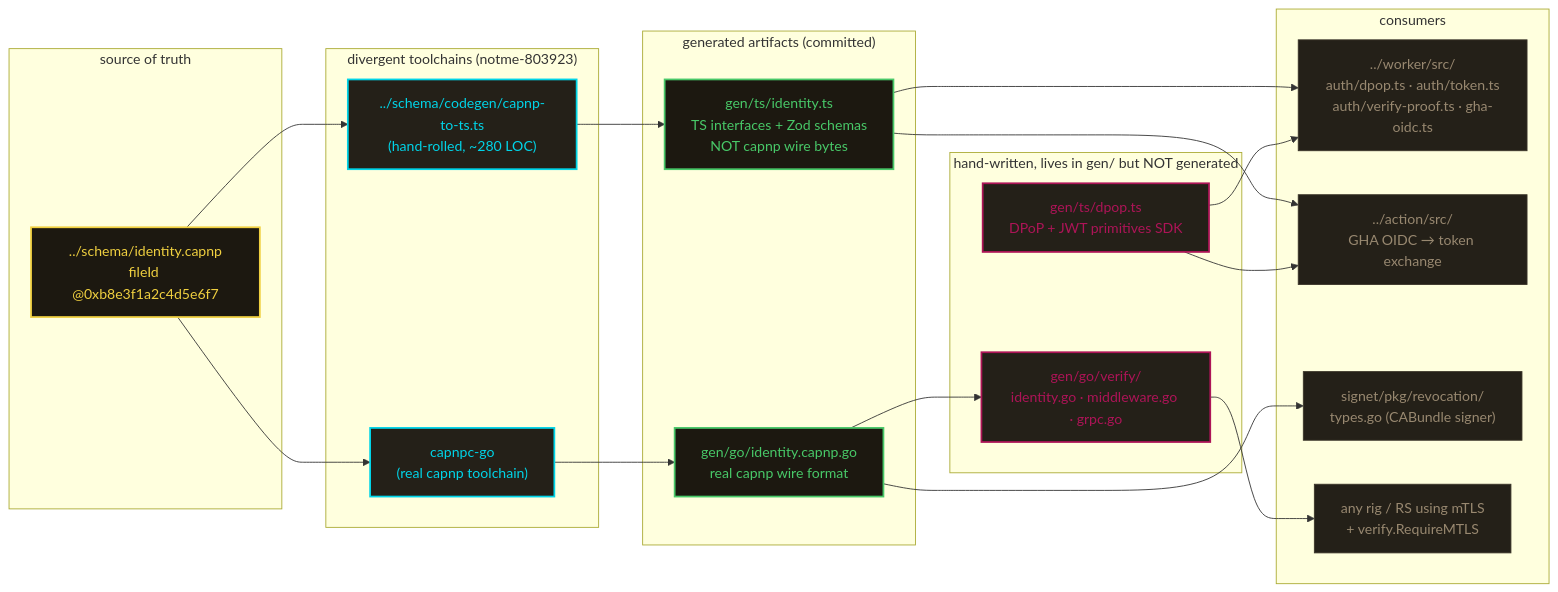
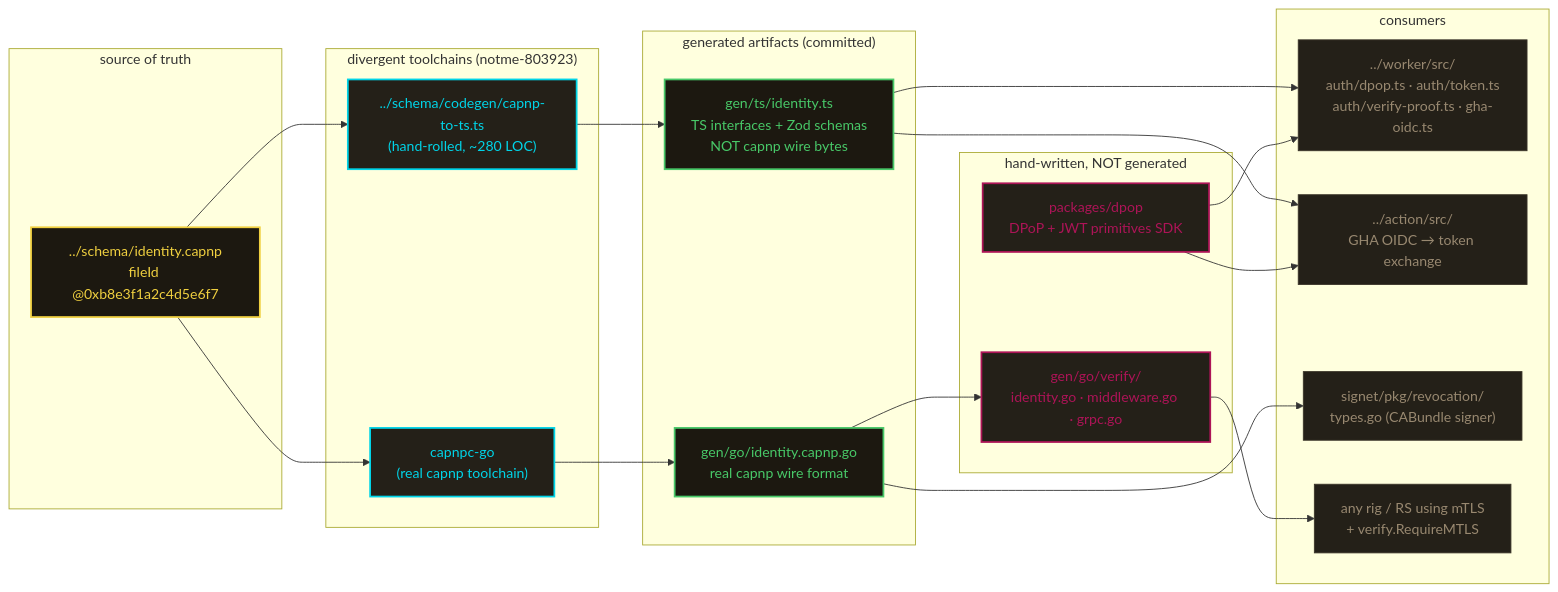
The diagram in gen/README.md (agentic-research/notme), drawn with Mermaid before and after one commit. The commit also changed other lines of this file and 21 other files, not shown here.

````diff
--- a/gen/README.md
+++ b/gen/README.md
@@ -18,46 +23,46 @@
 ```mermaid
 graph LR
     classDef src fill:#1c1810,stroke:#f0d040,stroke-width:2px,color:#f0d040
     classDef tool fill:#242018,stroke:#00d4e8,stroke-width:2px,color:#00d4e8
     classDef gen fill:#1c1810,stroke:#48c868,stroke-width:2px,color:#48c868
     classDef hand fill:#242018,stroke:#ad1457,stroke-width:2px,color:#ad1457
     classDef consumer fill:#242018,stroke:#3a3428,stroke-width:1px,color:#988870
 
     subgraph source ["source of truth"]
         Capnp["../schema/identity.capnp<br/>fileId @0xb8e3f1a2c4d5e6f7"]:::src
     end
 
     subgraph toolchains ["divergent toolchains (notme-803923)"]
         CapncGo["capnpc-go<br/>(real capnp toolchain)"]:::tool
         CapncTs["../schema/codegen/capnp-to-ts.ts<br/>(hand-rolled, ~280 LOC)"]:::tool
     end
 
     subgraph generated ["generated artifacts (committed)"]
         GoGen["gen/go/identity.capnp.go<br/>real capnp wire format"]:::gen
         TsGen["gen/ts/identity.ts<br/>TS interfaces + Zod schemas<br/>NOT capnp wire bytes"]:::gen
     end
 
-    subgraph handwritten ["hand-written, lives in gen/ but NOT generated"]
+    subgraph handwritten ["hand-written, NOT generated"]
         Verify["gen/go/verify/<br/>identity.go · middleware.go · grpc.go"]:::hand
-        Dpop["gen/ts/dpop.ts<br/>DPoP + JWT primitives SDK"]:::hand
+        Dpop["packages/dpop<br/>DPoP + JWT primitives SDK"]:::hand
     end
 
     subgraph consumers ["consumers"]
         Worker["../worker/src/<br/>auth/dpop.ts · auth/token.ts<br/>auth/verify-proof.ts · gha-oidc.ts"]:::consumer
         Action["../action/src/<br/>GHA OIDC → token exchange"]:::consumer
         Signet["signet/pkg/revocation/<br/>types.go (CABundle signer)"]:::consumer
         Rig["any rig / RS using mTLS<br/>+ verify.RequireMTLS"]:::consumer
     end
 
     Capnp --> CapncGo --> GoGen
     Capnp --> CapncTs --> TsGen
 
     GoGen --> Verify
     GoGen --> Signet
     Verify --> Rig
 
     TsGen --> Worker
     TsGen --> Action
     Dpop --> Worker
     Dpop --> Action
 ```
````
